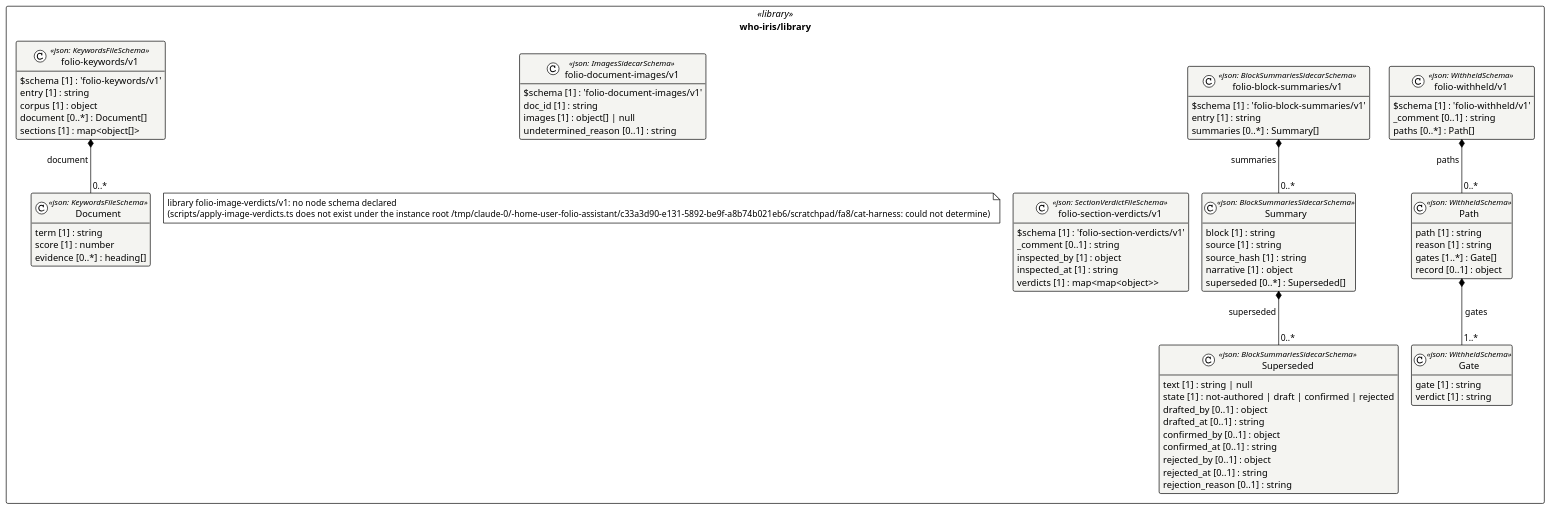
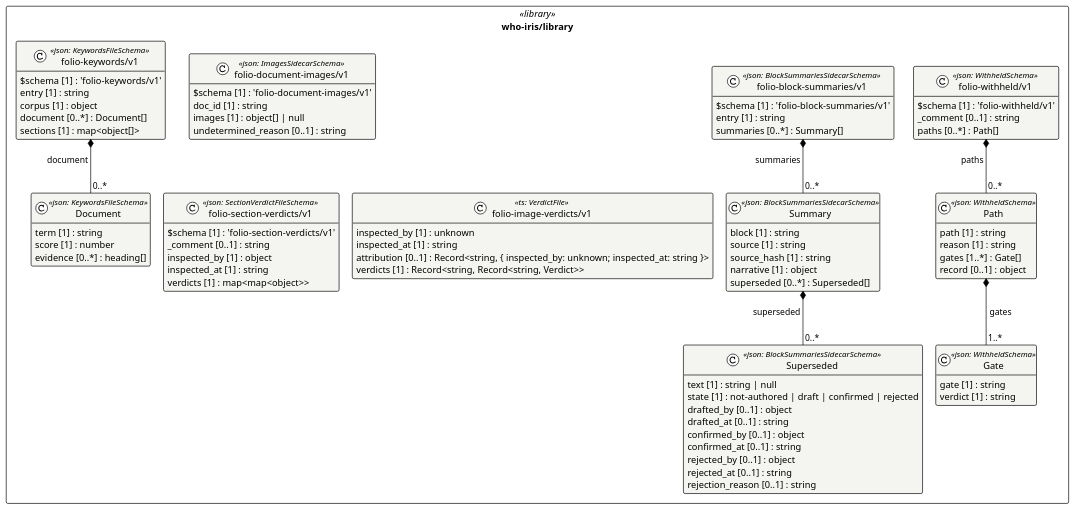
One commit to litlfred/cat-harness changed the diagram in uml/overview/who-iris/library.puml. Above: the diagram before and after it, drawn with PlantUML. The commit also changed 404 other files, not shown here.

First line of the commit message:
regen: generated artefacts at folio-assistant#2529's 2026-10-11 pins

```diff
--- a/uml/overview/who-iris/library.puml
+++ b/uml/overview/who-iris/library.puml
@@ -3,81 +3,86 @@
 @startuml who_iris_library
 !pragma layout elk
 !theme plain
 skinparam classAttributeIconSize 0
 skinparam shadowing false
 skinparam packageStyle rectangle
 hide empty methods
 
 package "who-iris/library" as pkg_who_iris_library <<library>> {
   class "folio-document-images/v1" as who_iris_library_folio_document_images_v1_folio_document_images_v1 <<json: ImagesSidecarSchema>> #f4f4f1 {
     $schema [1] : 'folio-document-images/v1'
     doc_id [1] : string
     images [1] : object[] | null
     undetermined_reason [0..1] : string
+  }
+  class "folio-image-verdicts/v1" as who_iris_library_folio_image_verdicts_v1 <<ts: VerdictFile>> #f4f4f1 {
+    inspected_by [1] : unknown
+    inspected_at [1] : string
+    attribution [0..1] : Record<string, { inspected_by: unknown; inspected_at: string }>
+    verdicts [1] : Record<string, Record<string, Verdict>>
   }
   class "folio-section-verdicts/v1" as who_iris_library_folio_section_verdicts_v1_folio_section_verdicts_v1 <<json: SectionVerdictFileSchema>> #f4f4f1 {
     $schema [1] : 'folio-section-verdicts/v1'
     _comment [0..1] : string
     inspected_by [1] : object
     inspected_at [1] : string
     verdicts [1] : map<map<object>>
   }
   class "Superseded" as who_iris_library_folio_block_summaries_v1_Superseded <<json: BlockSummariesSidecarSchema>> #f4f4f1 {
     text [1] : string | null
     state [1] : not-authored | draft | confirmed | rejected
     drafted_by [0..1] : object
     drafted_at [0..1] : string
     confirmed_by [0..1] : object
     confirmed_at [0..1] : string
     rejected_by [0..1] : object
     rejected_at [0..1] : string
     rejection_reason [0..1] : string
   }
   class "Summary" as who_iris_library_folio_block_summaries_v1_Summary <<json: BlockSummariesSidecarSchema>> #f4f4f1 {
     block [1] : string
     source [1] : string
     source_hash [1] : string
     narrative [1] : object
     superseded [0..*] : Superseded[]
   }
   class "folio-block-summaries/v1" as who_iris_library_folio_block_summaries_v1_folio_block_summaries_v1 <<json: BlockSummariesSidecarSchema>> #f4f4f1 {
     $schema [1] : 'folio-block-summaries/v1'
     entry [1] : string
     summaries [0..*] : Summary[]
   }
   class "Document" as who_iris_library_folio_keywords_v1_Document <<json: KeywordsFileSchema>> #f4f4f1 {
     term [1] : string
     score [1] : number
     evidence [0..*] : heading[]
   }
   class "folio-keywords/v1" as who_iris_library_folio_keywords_v1_folio_keywords_v1 <<json: KeywordsFileSchema>> #f4f4f1 {
     $schema [1] : 'folio-keywords/v1'
     entry [1] : string
     corpus [1] : object
     document [0..*] : Document[]
     sections [1] : map<object[]>
   }
   class "Gate" as who_iris_library_folio_withheld_v1_Gate <<json: WithheldSchema>> #f4f4f1 {
     gate [1] : string
     verdict [1] : string
   }
   class "Path" as who_iris_library_folio_withheld_v1_Path <<json: WithheldSchema>> #f4f4f1 {
     path [1] : string
     reason [1] : string
     gates [1..*] : Gate[]
     record [0..1] : object
   }
   class "folio-withheld/v1" as who_iris_library_folio_withheld_v1_folio_withheld_v1 <<json: WithheldSchema>> #f4f4f1 {
     $schema [1] : 'folio-withheld/v1'
     _comment [0..1] : string
     paths [0..*] : Path[]
   }
-  note "library folio-image-verdicts/v1: no node schema declared\n(scripts/apply-image-verdicts.ts does not exist under the instance root /tmp/claude-0/-home-user-folio-assistant/c33a3d90-e131-5892-be9f-a8b74b021eb6/scratchpad/fa8/cat-harness: could not determine)" as n_who_iris_library_library_folio_image_verdicts_v1
 }
 
 who_iris_library_folio_block_summaries_v1_Summary *-- "0..*" who_iris_library_folio_block_summaries_v1_Superseded : superseded
 who_iris_library_folio_block_summaries_v1_folio_block_summaries_v1 *-- "0..*" who_iris_library_folio_block_summaries_v1_Summary : summaries
 who_iris_library_folio_keywords_v1_folio_keywords_v1 *-- "0..*" who_iris_library_folio_keywords_v1_Document : document
 who_iris_library_folio_withheld_v1_Path *-- "1..*" who_iris_library_folio_withheld_v1_Gate : gates
 who_iris_library_folio_withheld_v1_folio_withheld_v1 *-- "0..*" who_iris_library_folio_withheld_v1_Path : paths
 @enduml
```
